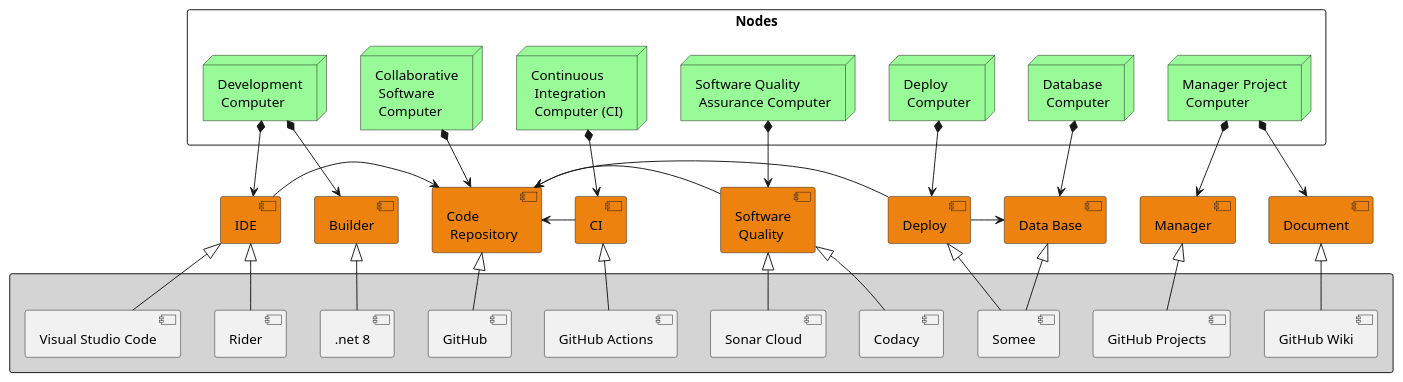
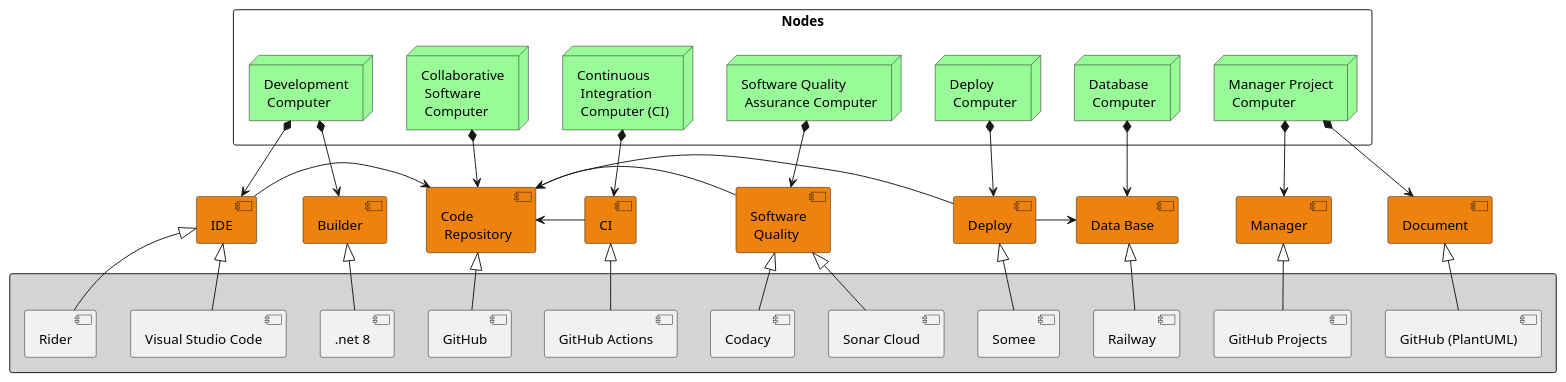
One commit to wsmcbl/wsmcbl.doc changed the diagram in ProcessView/Ecosystem/Ecosystem.puml. Above: the diagram before and after it, drawn with PlantUML. The commit also changed 7 other files, not shown here.

Commit message:
Feat: Update diagram and ecosystem diagrams

```diff
--- a/ProcessView/Ecosystem/Ecosystem.puml
+++ b/ProcessView/Ecosystem/Ecosystem.puml
@@ -1,77 +1,78 @@
 @startuml
 'skinparam BackgroundColor transparent
 
 skinparam packageStyle rectangle
 skinparam node {
     BackgroundColor PaleGreen
 }
 
 package "Nodes" {
     node "Development\n Computer"
     node "Collaborative\n Software\n Computer"
     node "Continuous\n Integration\n Computer (CI)"
     node "Software Quality\n Assurance Computer"
     node "Deploy\n Computer"
     node "Database\n Computer"
     node "Manager Project\n Computer"
 }
 
 
 component Builder #ED820E
 component IDE #ED820E
 component "Code\n Repository" #ED820E
 component CI #ED820E
 component "Software\n Quality" #ED820E
 component Deploy #ED820E
 component "Data Base" #ED820E
 component Manager #ED820E
 component Document #ED820E
 
 
 package " " #D4D4D4 {
     component ".net 8"
     component "Visual Studio Code"
     component "Rider"
     component GitHub
     component "GitHub Actions"
     component "Sonar Cloud"
     component Codacy
     component "Somee"
-    component "GitHub Wiki"
+    component "Railway"
+    component "GitHub (PlantUML)"
     component "GitHub Projects"
 }
 
 
 "Development\n Computer" *--> [Builder]
 "Development\n Computer" *--> [IDE]
 "Collaborative\n Software\n Computer" *-->[Code\n Repository]
 "Continuous\n Integration\n Computer (CI)" *--> [CI]
 "Software Quality\n Assurance Computer" *--> [Software\n Quality]
 "Deploy\n Computer" *--> [Deploy]
 "Database\n Computer" *--> [Data Base]
 "Manager Project\n Computer" *--> [Manager]
 "Manager Project\n Computer" *--> [Document]
 
 
 [IDE] -> [Code\n Repository]
 [CI] -left-> [Code\n Repository]
 [Software\n Quality] -left-> [Code\n Repository]
 [Deploy] -left-> [Code\n Repository]
 [Deploy] -> [Data Base]
 
 [.net 8] -up-|> [Builder]
 [Visual Studio Code] -up-|> [IDE]
 [Rider] -up-|> [IDE]
 [GitHub] -up-|> [Code\n Repository]
 [GitHub Actions] -up-|> [CI]
 [Sonar Cloud] -up-|> [Software\n Quality]
 [Codacy] -up-|> [Software\n Quality]
 [Somee] -up-|> [Deploy]
-[Somee] -up-|> [Data Base]
+[Railway] -up-|> [Data Base]
 [GitHub Projects] -up-|> [Manager]
-[GitHub Wiki] -up-|> [Document]
+[GitHub (PlantUML)] -up-|> [Document]
 
 '[GitHub Actions] ..> [Sonar Cloud]
 '[GitHub Actions] ..> [Railway]
 
 @enduml
```
